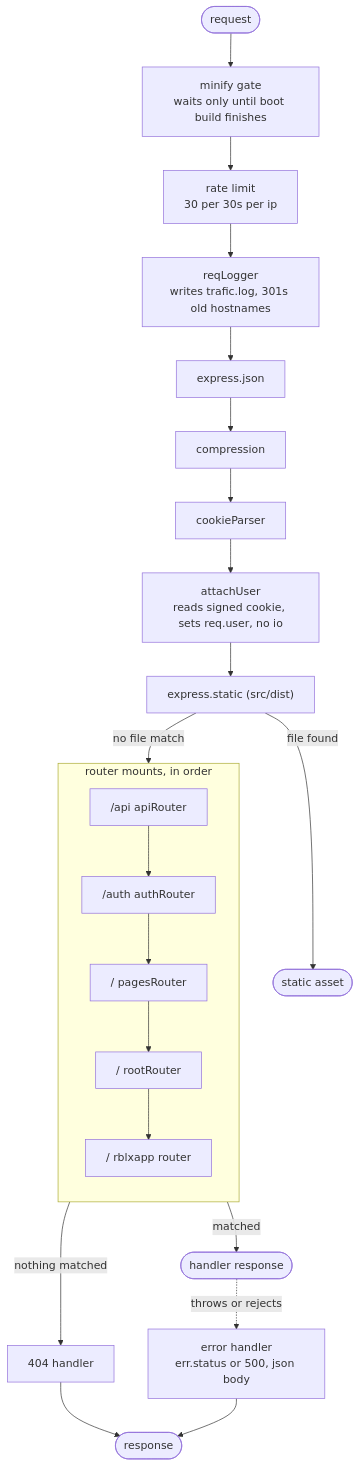
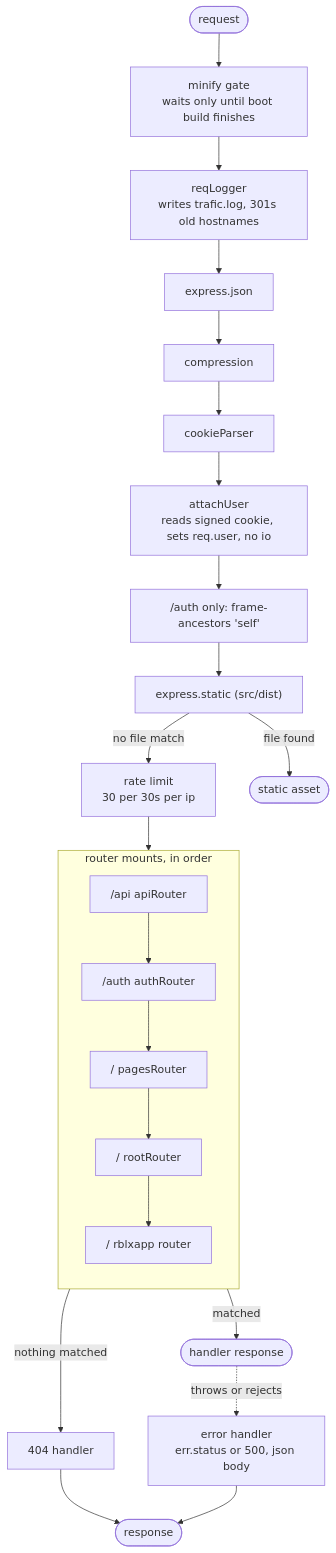
One commit to Air-zy/airWebsite changed the first of 7 diagrams in ARCHITECTURE.md. Above: the diagram before and after it, drawn with Mermaid. The commit also changed 14 other files, not shown here.

````diff
--- a/ARCHITECTURE.md
+++ b/ARCHITECTURE.md
@@ -7,31 +7,32 @@
 ```mermaid
 flowchart TD
   REQ([request]) --> GATE["minify gate<br/>waits only until boot build finishes"]
-  GATE --> RL["rate limit<br/>30 per 30s per ip"]
-  RL --> LOG["reqLogger<br/>writes trafic.log, 301s old hostnames"]
+  GATE --> LOG["reqLogger<br/>writes trafic.log, 301s old hostnames"]
   LOG --> JSON["express.json"]
   JSON --> GZIP["compression"]
   GZIP --> CK["cookieParser"]
   CK --> AU["attachUser<br/>reads signed cookie, sets req.user, no io"]
-  AU --> STATIC["express.static (src/dist)"]
+  AU --> FA["/auth only: frame-ancestors 'self'"]
+  FA --> STATIC["express.static (src/dist)"]
 
-  STATIC -->|no file match| MOUNTS
+  STATIC -->|no file match| RL["rate limit<br/>30 per 30s per ip"]
+  RL --> MOUNTS
   STATIC -->|file found| FILE([static asset])
 
   subgraph MOUNTS["router mounts, in order"]
     direction TB
     API["/api  apiRouter"]
     AUTH["/auth  authRouter"]
     PAGES["/  pagesRouter"]
     ROOT["/  rootRouter"]
     RBLX["/  rblxapp router"]
     API --> AUTH --> PAGES --> ROOT --> RBLX
   end
 
   MOUNTS -->|matched| HANDLER([handler response])
   MOUNTS -->|nothing matched| NF["404 handler"]
 
   HANDLER -.->|throws or rejects| ERR
   NF --> OUT([response])
   ERR["error handler<br/>err.status or 500, json body"] --> OUT
 ```
````
